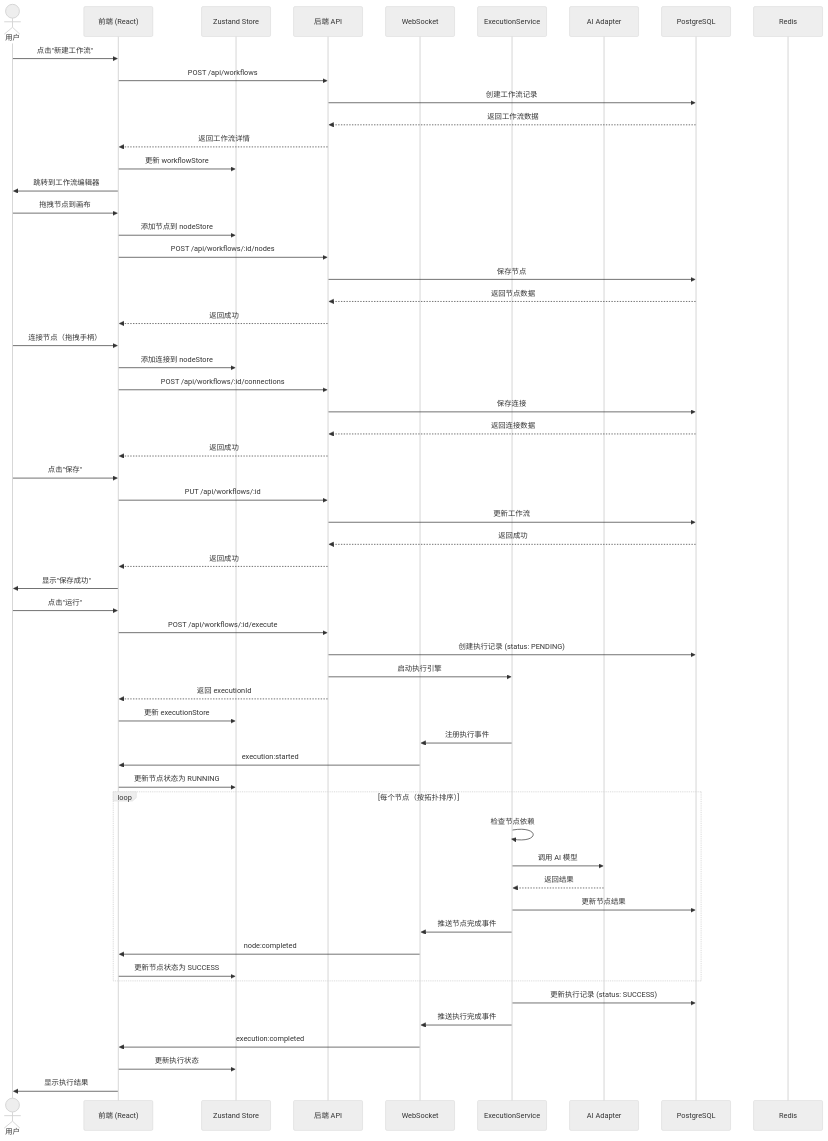
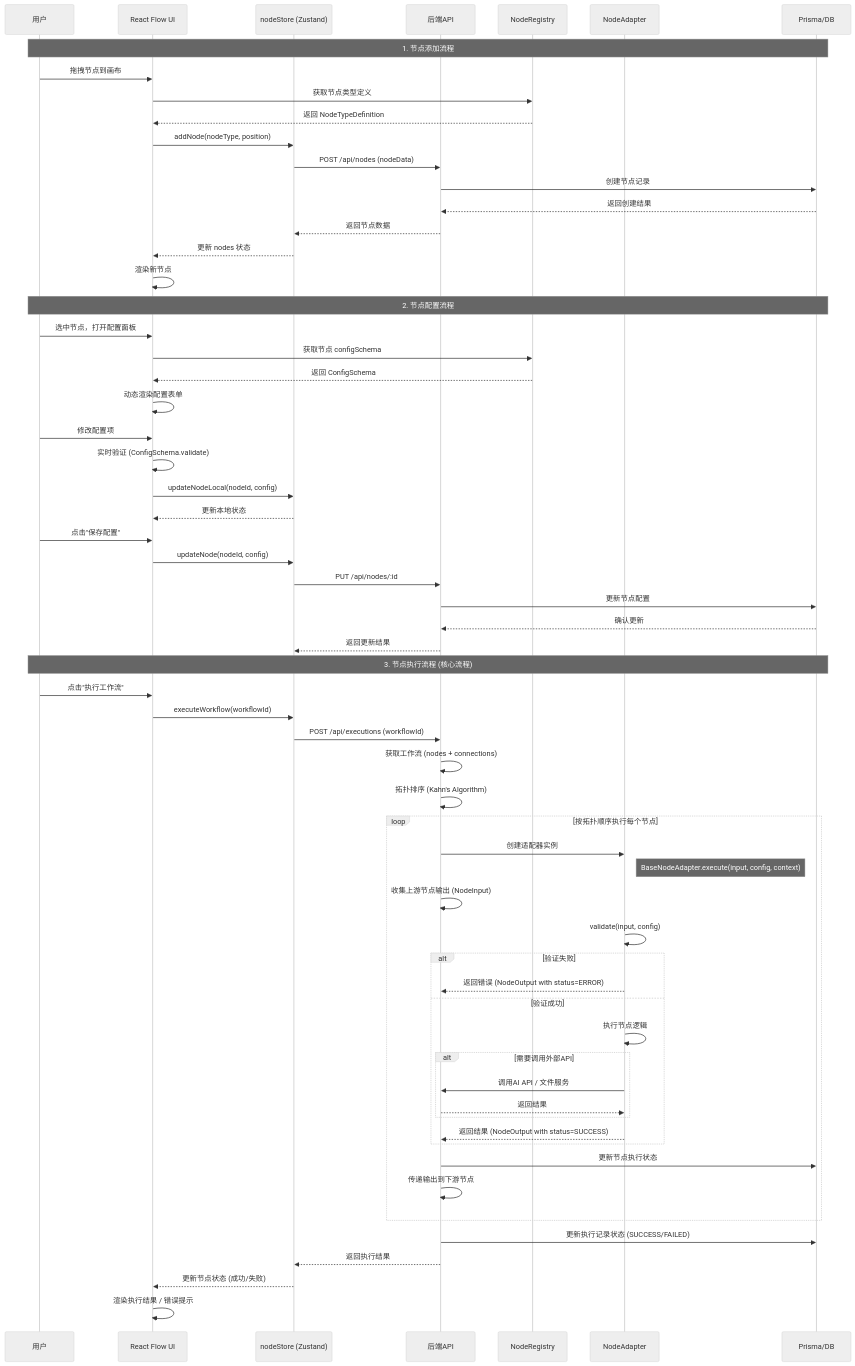
One commit to onebody/KuKuDa changed the first of 2 diagrams in docs/sequence-diagram.mermaid. Above: the diagram before and after it, drawn with Mermaid (neutral theme). The commit also changed other lines of this file and 694 other files, not shown here.

````diff
--- a/docs/sequence-diagram.mermaid
+++ b/docs/sequence-diagram.mermaid
@@ -1,74 +1,76 @@
+```mermaid
 sequenceDiagram
-    actor User as 用户
-    participant FE as 前端 (React)
-    participant Store as Zustand Store
-    participant API as 后端 API
-    participant WS as WebSocket
-    participant Service as ExecutionService
-    participant AI as AI Adapter
-    participant DB as PostgreSQL
-    participant Cache as Redis
+    participant User as 用户
+    participant UI as React Flow UI
+    participant Store as nodeStore (Zustand)
+    participant API as 后端API
+    participant Registry as NodeRegistry
+    participant Adapter as NodeAdapter
+    participant DB as Prisma/DB
 
-    %% 1. 创建工作流
-    User->>FE: 点击"新建工作流"
-    FE->>API: POST /api/workflows
-    API->>DB: 创建工作流记录
-    DB-->>API: 返回工作流数据
-    API-->>FE: 返回工作流详情
-    FE->>Store: 更新 workflowStore
-    FE->>User: 跳转到工作流编辑器
+    %% ========== 1. 节点添加流程 ==========
+    Note over User, DB: 1. 节点添加流程
+    User->>UI: 拖拽节点到画布
+    UI->>Registry: 获取节点类型定义
+    Registry-->>UI: 返回 NodeTypeDefinition
+    UI->>Store: addNode(nodeType, position)
+    Store->>API: POST /api/nodes (nodeData)
+    API->>DB: 创建节点记录
+    DB-->>API: 返回创建结果
+    API-->>Store: 返回节点数据
+    Store-->>UI: 更新 nodes 状态
+    UI->>UI: 渲染新节点
 
-    %% 2. 添加节点
-    User->>FE: 拖拽节点到画布
-    FE->>Store: 添加节点到 nodeStore
-    FE->>API: POST /api/workflows/:id/nodes
-    API->>DB: 保存节点
-    DB-->>API: 返回节点数据
-    API-->>FE: 返回成功
+    %% ========== 2. 节点配置流程 ==========
+    Note over User, DB: 2. 节点配置流程
+    User->>UI: 选中节点，打开配置面板
+    UI->>Registry: 获取节点 configSchema
+    Registry-->>UI: 返回 ConfigSchema
+    UI->>UI: 动态渲染配置表单
+    User->>UI: 修改配置项
+    UI->>UI: 实时验证 (ConfigSchema.validate)
+    UI->>Store: updateNodeLocal(nodeId, config)
+    Store-->>UI: 更新本地状态
+    User->>UI: 点击"保存配置"
+    UI->>Store: updateNode(nodeId, config)
+    Store->>API: PUT /api/nodes/:id
+    API->>DB: 更新节点配置
+    DB-->>API: 确认更新
+    API-->>Store: 返回更新结果
 
-    %% 3. 连接节点
-    User->>FE: 连接节点（拖拽手柄）
-    FE->>Store: 添加连接到 nodeStore
-    FE->>API: POST /api/workflows/:id/connections
-    API->>DB: 保存连接
-    DB-->>API: 返回连接数据
-    API-->>FE: 返回成功
-
-    %% 4. 保存工作流
-    User->>FE: 点击"保存"
-    FE->>API: PUT /api/workflows/:id
-    API->>DB: 更新工作流
-    DB-->>API: 返回成功
-    API-->>FE: 返回成功
-    FE->>User: 显示"保存成功"
-
-    %% 5. 执行工作流
-    User->>FE: 点击"运行"
-    FE->>API: POST /api/workflows/:id/execute
-    API->>DB: 创建执行记录 (status: PENDING)
-    API->>Service: 启动执行引擎
-    API-->>FE: 返回 executionId
-    FE->>Store: 更新 executionStore
-
-    %% 6. WebSocket 实时推送
-    Service->>WS: 注册执行事件
-    WS->>FE: execution:started
-    FE->>Store: 更新节点状态为 RUNNING
-
-    %% 7. 节点执行
-    loop 每个节点（按拓扑排序）
-        Service->>Service: 检查节点依赖
-        Service->>AI: 调用 AI 模型
-        AI-->>Service: 返回结果
-        Service->>DB: 更新节点结果
-        Service->>WS: 推送节点完成事件
-        WS->>FE: node:completed
-        FE->>Store: 更新节点状态为 SUCCESS
+    %% ========== 3. 节点执行流程 ==========
+    Note over User, DB: 3. 节点执行流程 (核心流程)
+    User->>UI: 点击"执行工作流"
+    UI->>Store: executeWorkflow(workflowId)
+    Store->>API: POST /api/executions (workflowId)
+    API->>API: 获取工作流 (nodes + connections)
+    API->>API: 拓扑排序 (Kahn's Algorithm)
+    
+    loop 按拓扑顺序执行每个节点
+        API->>Adapter: 创建适配器实例
+        Note right of Adapter: BaseNodeAdapter.execute(input, config, context)
+        API->>API: 收集上游节点输出 (NodeInput)
+        Adapter->>Adapter: validate(input, config)
+        
+        alt 验证失败
+            Adapter-->>API: 返回错误 (NodeOutput with status=ERROR)
+        else 验证成功
+            Adapter->>Adapter: 执行节点逻辑
+            
+            alt 需要调用外部API
+                Adapter->>API: 调用AI API / 文件服务
+                API-->>Adapter: 返回结果
+            end
+            
+            Adapter-->>API: 返回结果 (NodeOutput with status=SUCCESS)
+        end
+        
+        API->>DB: 更新节点执行状态
+        API->>API: 传递输出到下游节点
     end
-
-    %% 8. 执行完成
-    Service->>DB: 更新执行记录 (status: SUCCESS)
-    Service->>WS: 推送执行完成事件
-    WS->>FE: execution:completed
-    FE->>Store: 更新执行状态
-    FE->>User: 显示执行结果
+    
+    API->>DB: 更新执行记录状态 (SUCCESS/FAILED)
+    API-->>Store: 返回执行结果
+    Store-->>UI: 更新节点状态 (成功/失败)
+    UI->>UI: 渲染执行结果 / 错误提示
+```
````
